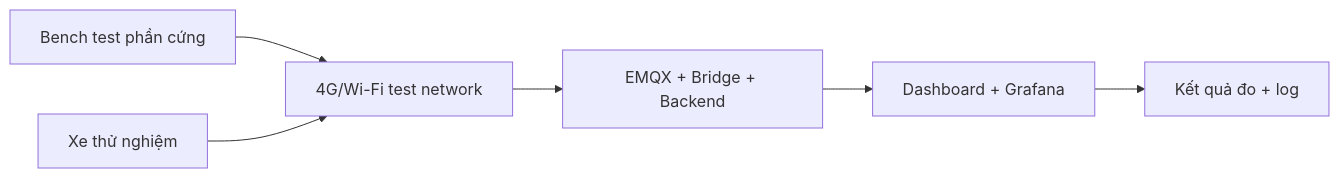
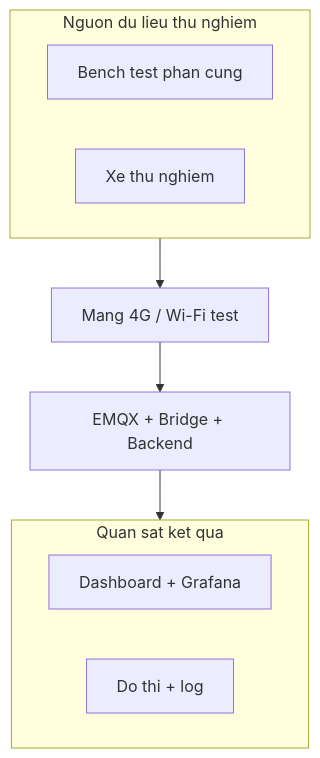
One commit to anmh1205/IoT_Vehicle_Tracking_System changed the diagram in resources/reports/thesis/final/assets/uml/10-chuong-4-ket-qua-do-luong-hinh-4-22.mmd. Above: the diagram before and after it, drawn with Mermaid. The commit also changed 705 other files, not shown here.

```diff
--- a/resources/reports/thesis/final/assets/uml/10-chuong-4-ket-qua-do-luong-hinh-4-22.mmd
+++ b/resources/reports/thesis/final/assets/uml/10-chuong-4-ket-qua-do-luong-hinh-4-22.mmd
@@ -1,6 +1,17 @@
-flowchart LR
-    Bench["Bench test phần cứng"] --> Network["4G/Wi-Fi test network"]
-    Vehicle["Xe thử nghiệm"] --> Network
-    Network --> Cloud["EMQX + Bridge + Backend"]
-    Cloud --> Dashboard["Dashboard + Grafana"]
-    Dashboard --> Report["Kết quả đo + log"]
+flowchart TB
+    subgraph Inputs["Nguon du lieu thu nghiem"]
+        direction LR
+        Bench["Bench test phan cung"]
+        Vehicle["Xe thu nghiem"]
+    end
+
+    Network["Mang 4G / Wi-Fi test"]
+    Cloud["EMQX + Bridge + Backend"]
+
+    subgraph Outputs["Quan sat ket qua"]
+        direction LR
+        Dashboard["Dashboard + Grafana"]
+        Report["Do thi + log"]
+    end
+
+    Inputs --> Network --> Cloud --> Outputs
```
